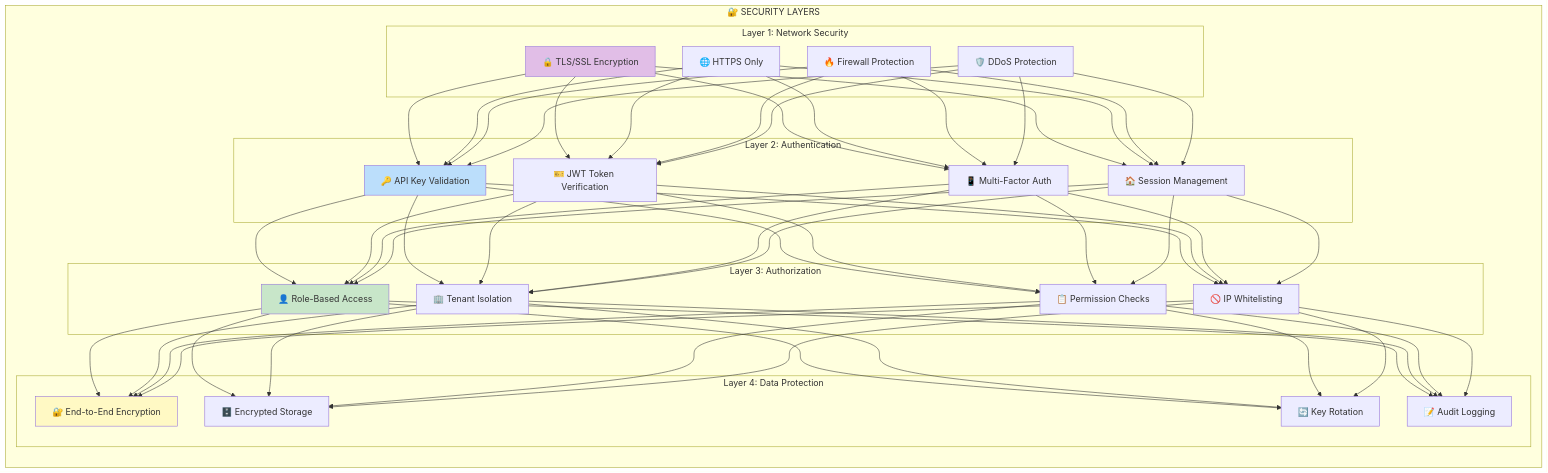
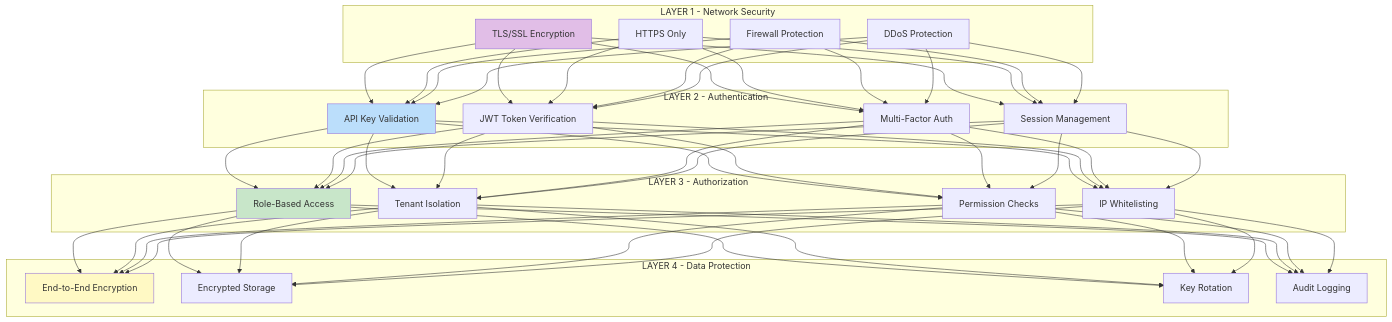
Diagram 20 of 40 in docs/COMPLETE_PLATFORM_VISUAL_GUIDE.md (AtharvaBansod/CAAS), drawn with Mermaid before and after one commit. The commit also changed other lines of this file, not shown here.

````diff
--- a/docs/COMPLETE_PLATFORM_VISUAL_GUIDE.md
+++ b/docs/COMPLETE_PLATFORM_VISUAL_GUIDE.md
@@ -632,43 +716,39 @@
 ```mermaid
 flowchart TB
-    subgraph "🔐 SECURITY LAYERS"
-        direction TB
-        
-        subgraph "Layer 1: Network Security"
-            L1A[🔒 TLS/SSL Encryption]
-            L1B[🌐 HTTPS Only]
-            L1C[🔥 Firewall Protection]
-            L1D[🛡️ DDoS Protection]
-        end
-        
-        subgraph "Layer 2: Authentication"
-            L2A[🔑 API Key Validation]
-            L2B[🎫 JWT Token Verification]
-            L2C[📱 Multi-Factor Auth]
-            L2D[🏠 Session Management]
-        end
-        
-        subgraph "Layer 3: Authorization"
-            L3A[👤 Role-Based Access]
-            L3B[🏢 Tenant Isolation]
-            L3C[📋 Permission Checks]
-            L3D[🚫 IP Whitelisting]
-        end
-        
-        subgraph "Layer 4: Data Protection"
-            L4A[🔐 End-to-End Encryption]
-            L4B[🗄️ Encrypted Storage]
-            L4C[🔄 Key Rotation]
-            L4D[📝 Audit Logging]
-        end
+    subgraph Layer1["LAYER 1 - Network Security"]
+        L1A["TLS/SSL Encryption"]
+        L1B["HTTPS Only"]
+        L1C["Firewall Protection"]
+        L1D["DDoS Protection"]
+    end
+    
+    subgraph Layer2["LAYER 2 - Authentication"]
+        L2A["API Key Validation"]
+        L2B["JWT Token Verification"]
+        L2C["Multi-Factor Auth"]
+        L2D["Session Management"]
+    end
+    
+    subgraph Layer3["LAYER 3 - Authorization"]
+        L3A["Role-Based Access"]
+        L3B["Tenant Isolation"]
+        L3C["Permission Checks"]
+        L3D["IP Whitelisting"]
+    end
+    
+    subgraph Layer4["LAYER 4 - Data Protection"]
+        L4A["End-to-End Encryption"]
+        L4B["Encrypted Storage"]
+        L4C["Key Rotation"]
+        L4D["Audit Logging"]
     end
     
     L1A & L1B & L1C & L1D --> L2A & L2B & L2C & L2D
     L2A & L2B & L2C & L2D --> L3A & L3B & L3C & L3D
     L3A & L3B & L3C & L3D --> L4A & L4B & L4C & L4D
     
     style L1A fill:#e1bee7
     style L2A fill:#bbdefb
     style L3A fill:#c8e6c9
     style L4A fill:#fff9c4
 ```
````
